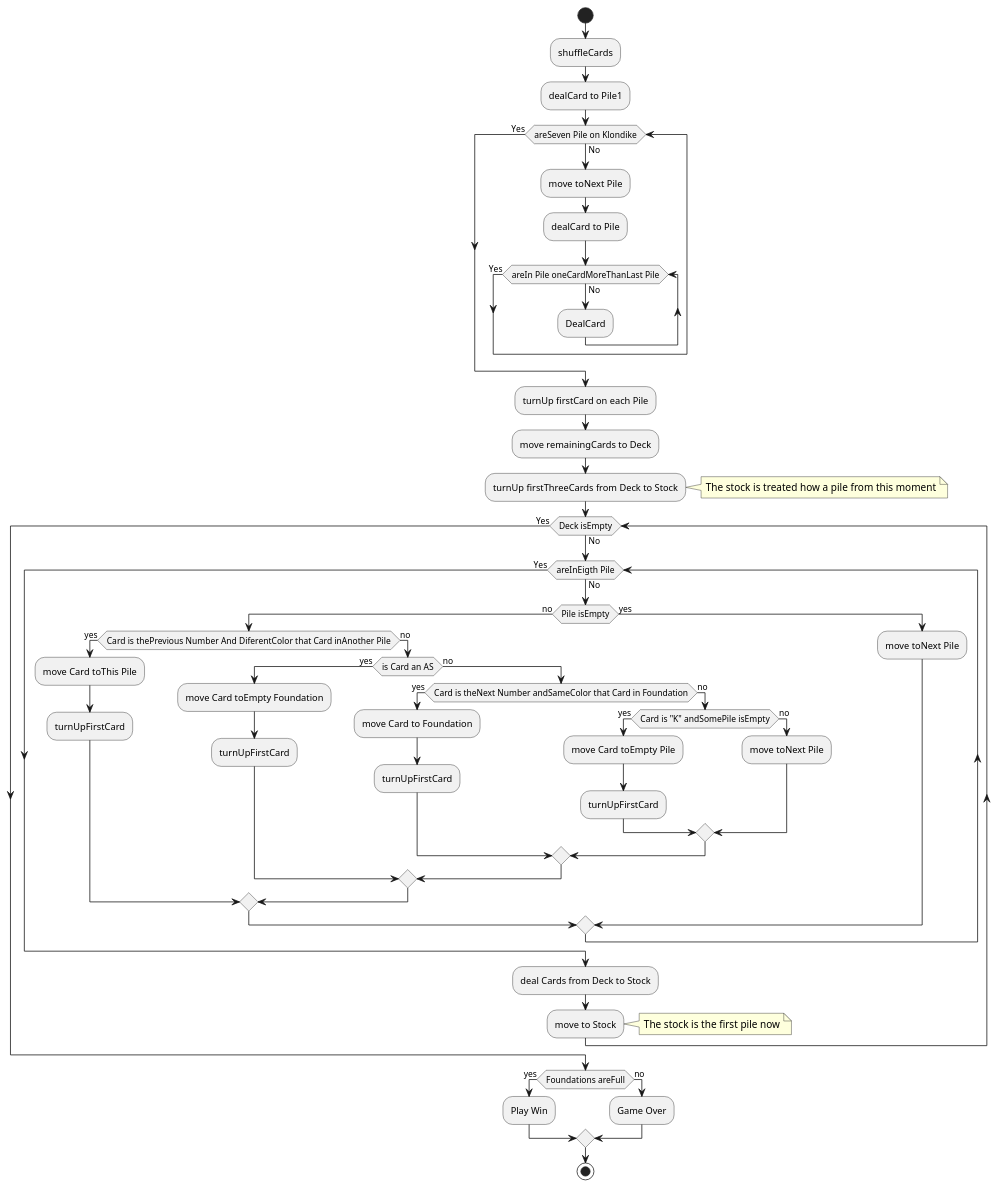
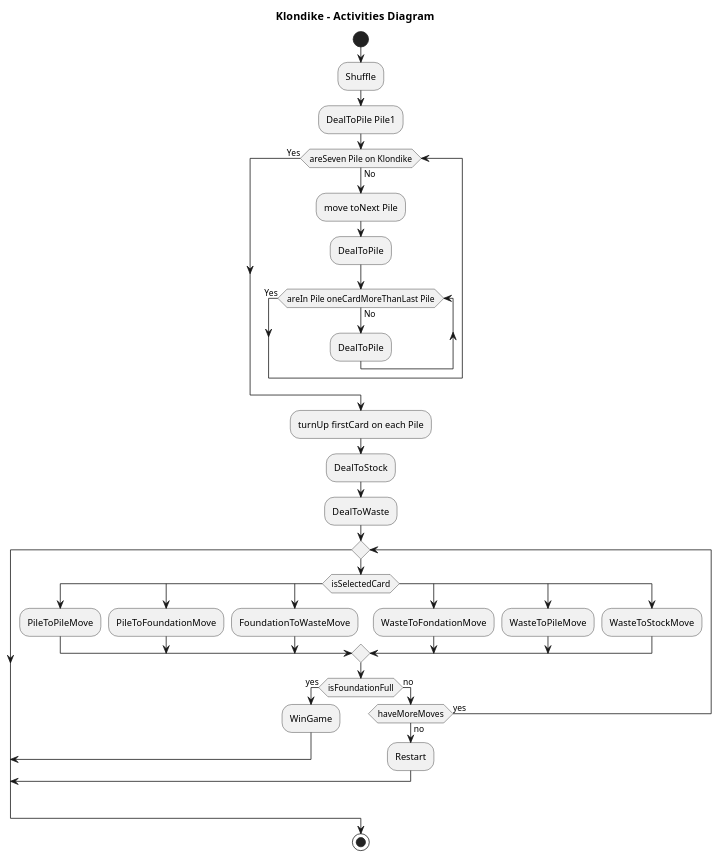
Before and after one commit to AngelOS95P/Maestria_IngSoftware_grupo6: the diagram in 1 Modelo de Dominio/04_Diagrama de actividades.plantuml, drawn with PlantUML.

Commit message:
Update 04_Diagrama de actividades.plantuml

```diff
--- a/1 Modelo de Dominio/04_Diagrama de actividades.plantuml
+++ b/1 Modelo de Dominio/04_Diagrama de actividades.plantuml
@@ -1,63 +1,52 @@
-@startuml Actividades
-
-
+@startuml ActivitiesDiagram
+title Klondike  - Activities Diagram
+!pragma layout smetana
 
 start
-:shuffleCards;
-:dealCard to Pile1;
+
+:Shuffle;
+:DealToPile Pile1;
 
 while (areSeven Pile on Klondike)  is (No)
   :move toNext Pile;
-  :dealCard to Pile;
+  :DealToPile;
   while (areIn Pile oneCardMoreThanLast Pile)  is (No)
-    :DealCard;
+    :DealToPile;
   endwhile (Yes)
 endwhile (Yes)
 
 :turnUp firstCard on each Pile;
-:move remainingCards to Deck;
-:turnUp firstThreeCards from Deck to Stock; 
-note right: The stock is treated how a pile from this moment
+:DealToStock;
+:DealToWaste;
 
-while (Deck isEmpty) is (No)
-  while (areInEigth Pile) is (No)
-    if (Pile isEmpty) then (no)
-      if (Card is thePrevious Number And DiferentColor that Card inAnother Pile) then (yes)
-        :move Card toThis Pile;
-        :turnUpFirstCard;
-      else (no)
-        if (is Card an AS) then (yes)
-          :move Card toEmpty Foundation;
-          :turnUpFirstCard;
-        else (no)
-          if (Card is theNext Number andSameColor that Card in Foundation) then (yes)
-            :move Card to Foundation;
-            :turnUpFirstCard;
-          else (no)
-            if (Card is "K" andSomePile isEmpty) then (yes) 
-              :move Card toEmpty Pile;
-              :turnUpFirstCard;
-            else (no)
-              :move toNext Pile;
+while ()
+  switch (isSelectedCard)
+    case ()
+      :PileToPileMove;
+    case ()
+      :PileToFoundationMove;
+    case ()
+      :FoundationToWasteMove;
+    case ()
+      :WasteToFondationMove;
+    case ()
+      :WasteToPileMove;
+    case ()
+      :WasteToStockMove;
+  endswitch
 
-             endif
-           endif
-         endif
-      endif
+  if (isFoundationFull) then (yes)
+    :WinGame;
+    break;
+  else (no)
+    if (haveMoreMoves) then (no)
+      :Restart;
+      break;
     else (yes)
-      :move toNext Pile;
     endif
-  endwhile (Yes)
-  :deal Cards from Deck to Stock; 
-  :move to Stock; 
-  note right: The stock is the first pile now
-endwhile (Yes)
-if (Foundations areFull) then (yes)
-  :Play Win;
-else (no)
-  :Game Over;
-endif
+  endif
+endwhile
 
 stop
 
-@enduml 
+@enduml
```
